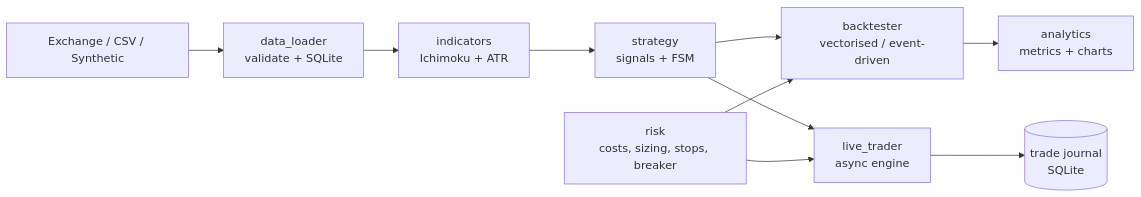
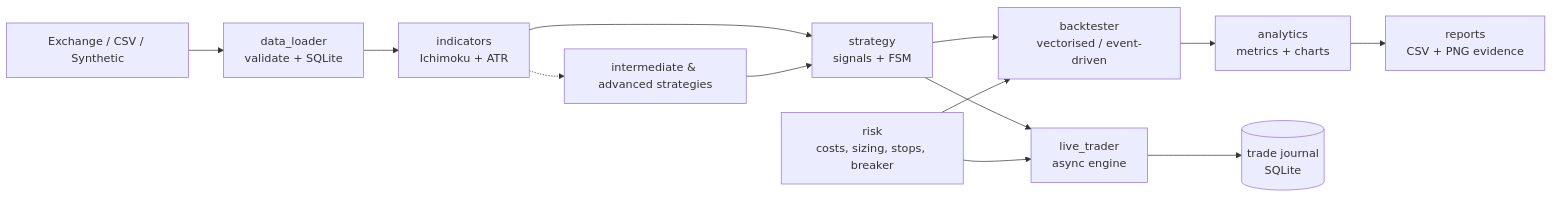
The diagram in README.md (sakshamverma2030/Algorithmic-Trading-Framework-in-Crypto-Python), drawn with Mermaid before and after one commit. The commit also changed other lines of this file, not shown here.

Commit message:
docs: document every file and module in the repo (layout, tests, tooling, evidence, runtime outputs)

````diff
--- a/README.md
+++ b/README.md
@@ -45,12 +78,15 @@
 ```mermaid
 flowchart LR
     A[Exchange / CSV / Synthetic] --> B[data_loader<br/>validate + SQLite]
     B --> C[indicators<br/>Ichimoku + ATR]
     C --> D[strategy<br/>signals + FSM]
     D --> E[backtester<br/>vectorised / event-driven]
     R[risk<br/>costs, sizing, stops, breaker] --> E
     E --> F[analytics<br/>metrics + charts]
     D --> G[live_trader<br/>async engine]
     R --> G
     G --> H[(trade journal<br/>SQLite)]
+    F --> I[reports<br/>CSV + PNG evidence]
+    C -.-> S[intermediate & advanced strategies]
+    S --> D
 ```
````
